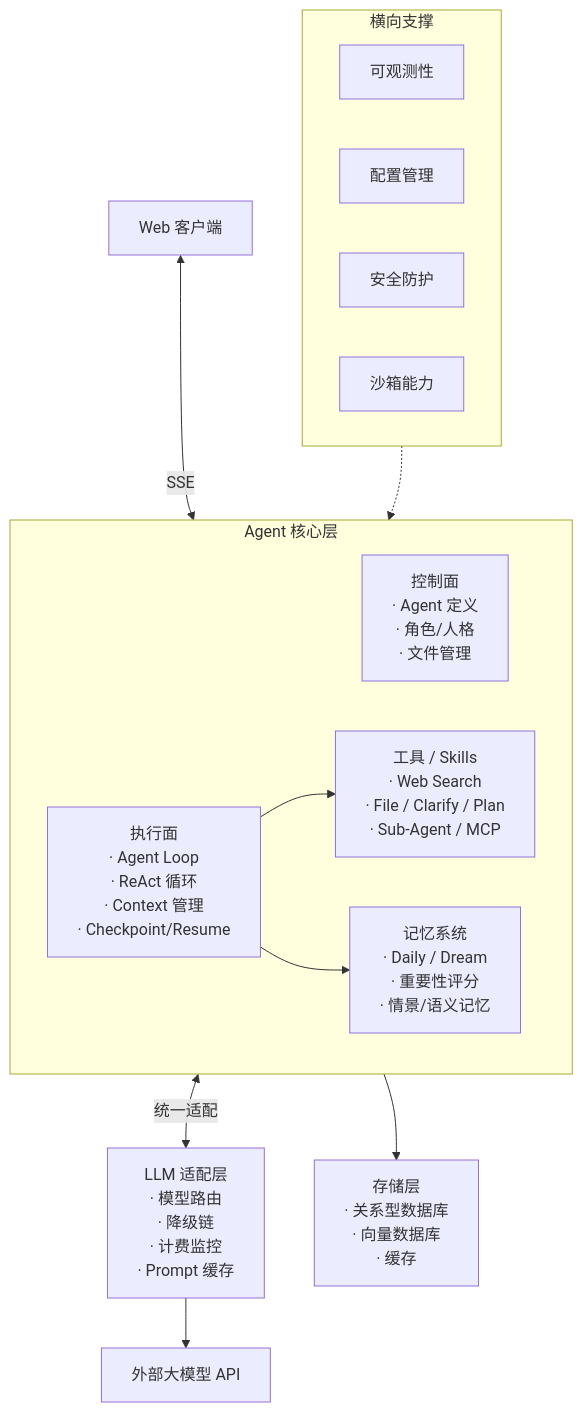
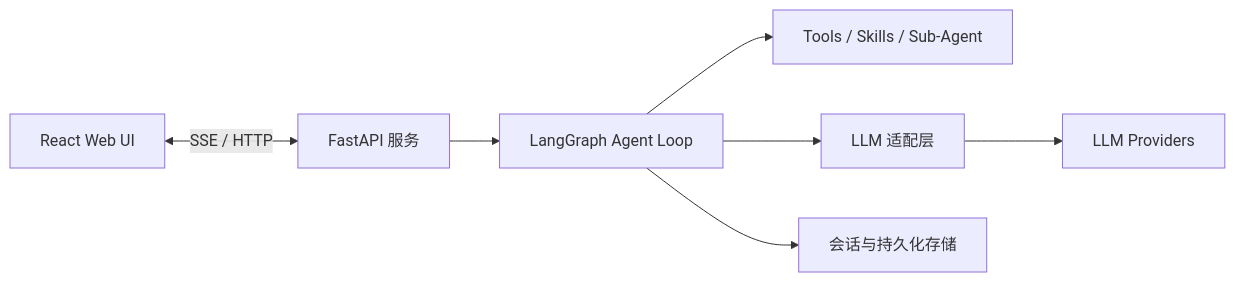
One commit to solarest/yanyun-agent changed the diagram in README.md. Above: the diagram before and after it, drawn with Mermaid. The commit also changed other lines of this file and 1 other file, not shown here.

````diff
--- a/README.md
+++ b/README.md
@@ -19,29 +78,9 @@
 ```mermaid
-graph TB
-    subgraph Cross["横向支撑"]
-        Obs["可观测性"]
-        Cfg["配置管理"]
-        Sec["安全防护"]
-        Sand["沙箱能力"]
-    end
-
-    Client["Web 客户端"] <--> |"SSE"| AgentLayer
-
-    subgraph AgentLayer["Agent 核心层"]
-        Ctrl["控制面<br/>· Agent 定义<br/>· 角色/人格<br/>· 文件管理"]
-        Exec["执行面<br/>· Agent Loop<br/>· ReAct 循环<br/>· Context 管理<br/>· Checkpoint/Resume"]
-        Tools["工具 / Skills<br/>· Web Search<br/>· File / Clarify / Plan<br/>· Sub-Agent / MCP"]
-        Mem["记忆系统<br/>· Daily / Dream<br/>· 重要性评分<br/>· 情景/语义记忆"]
-    end
-
-    Exec --> Tools
-    Exec --> Mem
-
-    AgentLayer <--> |"统一适配"| LLM["LLM 适配层<br/>· 模型路由<br/>· 降级链<br/>· 计费监控<br/>· Prompt 缓存"]
-
-    LLM --> ExtLLM["外部大模型 API"]
-
-    AgentLayer --> Storage["存储层<br/>· 关系型数据库<br/>· 向量数据库<br/>· 缓存"]
-
-    Cross -.-> AgentLayer
+graph LR
+    UI["React Web UI"] <-->|"SSE / HTTP"| API["FastAPI 服务"]
+    API --> Loop["LangGraph Agent Loop"]
+    Loop --> Tools["Tools / Skills / Sub-Agent"]
+    Loop --> LLM["LLM 适配层"]
+    LLM --> Provider["LLM Providers"]
+    Loop --> Store["会话与持久化存储"]
 ```
````
